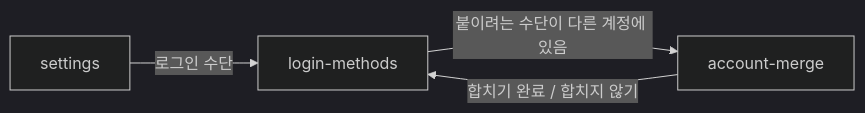
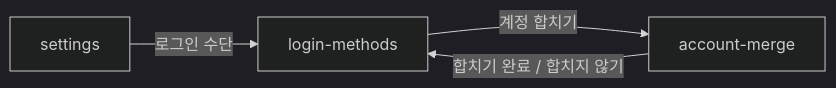
One commit to june20516/myungli-diary changed the third of 3 diagrams in docs/ia/README.md. Above: the diagram before and after it, drawn with Mermaid (dark theme). The commit also changed other lines of this file and 5 other files, not shown here.

````diff
--- a/docs/ia/README.md
+++ b/docs/ia/README.md
@@ -57,6 +57,6 @@
 ```mermaid
 flowchart LR
   settings -->|로그인 수단| login-methods
-  login-methods -->|붙이려는 수단이 다른 계정에 있음| account-merge
+  login-methods -->|계정 합치기| account-merge
   account-merge -->|합치기 완료 / 합치지 않기| login-methods
 ```
````
